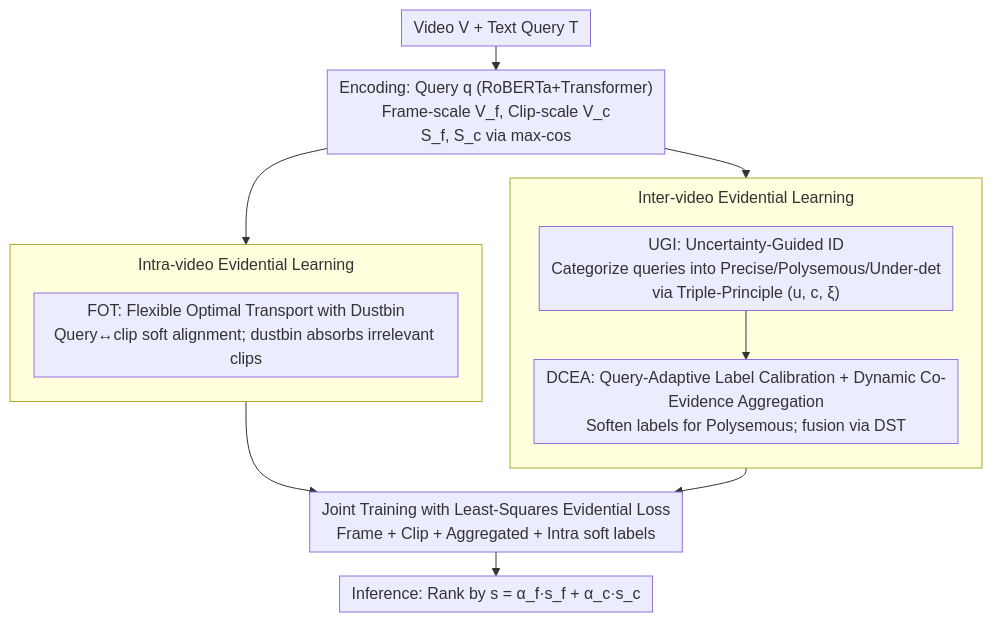
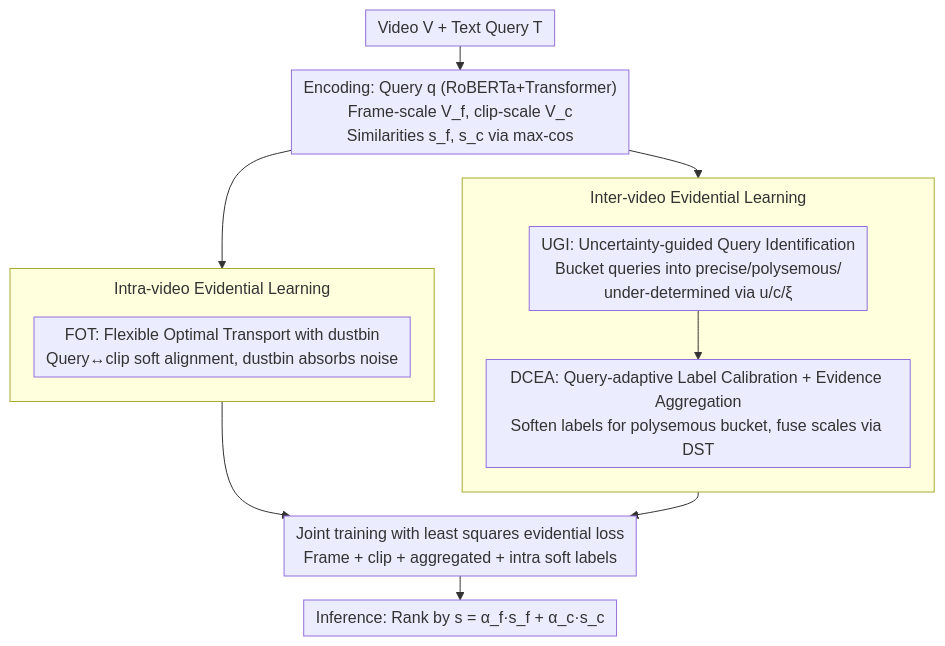
The diagram in docs/ICML2026/video_understanding/revisiting_uncertainty_on_evidential_learning_for_partially_relevant_video_retri.md (zhaoyang97/Paper-Notes-en), drawn with Mermaid before and after one commit. The commit also changed other lines of this file and 5084 other files, not shown here.

````diff
--- a/docs/ICML2026/video_understanding/revisiting_uncertainty_on_evidential_learning_for_partially_relevant_video_retri.md
+++ b/docs/ICML2026/video_understanding/revisiting_uncertainty_on_evidential_learning_for_partially_relevant_video_retri.md
@@ -43,20 +43,20 @@
 ```mermaid
 %%{init: {'flowchart': {'rankSpacing': 24, 'nodeSpacing': 28, 'padding': 6, 'wrappingWidth': 400, 'subGraphTitleMargin': {'top': 8, 'bottom': 16}}}}%%
 flowchart TD
-    A["Video V + Text Query T"] --> B["Encoding: Query q (RoBERTa+Transformer)<br/>Frame-scale V_f, Clip-scale V_c<br/>S_f, S_c via max-cos"]
+    A["Video V + Text Query T"] --> B["Encoding: Query q (RoBERTa+Transformer)<br/>Frame-scale V_f, clip-scale V_c<br/>Similarities s_f, s_c via max-cos"]
     subgraph INTER["Inter-video Evidential Learning"]
         direction TB
-        C["UGI: Uncertainty-Guided ID<br/>Categorize queries into Precise/Polysemous/Under-det<br/>via Triple-Principle (u, c, ξ)"]
-        D["DCEA: Query-Adaptive Label Calibration + Dynamic Co-Evidence Aggregation<br/>Soften labels for Polysemous; fusion via DST"]
+        C["UGI: Uncertainty-guided Query Identification<br/>Bucket queries into precise/polysemous/<br/>under-determined via u/c/ξ"]
+        D["DCEA: Query-adaptive Label Calibration + Evidence Aggregation<br/>Soften labels for polysemous bucket, fuse scales via DST"]
         C --> D
     end
     subgraph INTRA["Intra-video Evidential Learning"]
         direction TB
-        E["FOT: Flexible Optimal Transport with Dustbin<br/>Query↔clip soft alignment; dustbin absorbs irrelevant clips"]
+        E["FOT: Flexible Optimal Transport with dustbin<br/>Query↔clip soft alignment, dustbin absorbs noise"]
     end
     B --> C
     B --> E
-    D --> F["Joint Training with Least-Squares Evidential Loss<br/>Frame + Clip + Aggregated + Intra soft labels"]
+    D --> F["Joint training with least squares evidential loss<br/>Frame + clip + aggregated + intra soft labels"]
     E --> F
     F --> G["Inference: Rank by s = α_f·s_f + α_c·s_c"]
 ```
````
